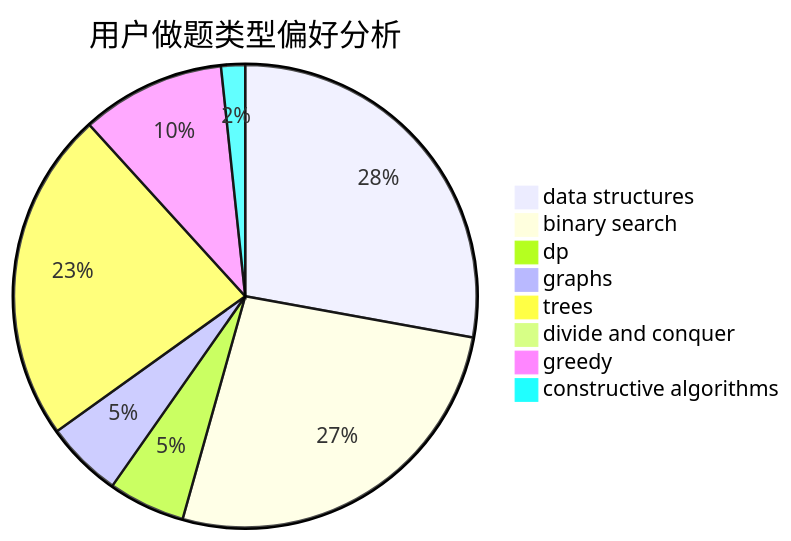
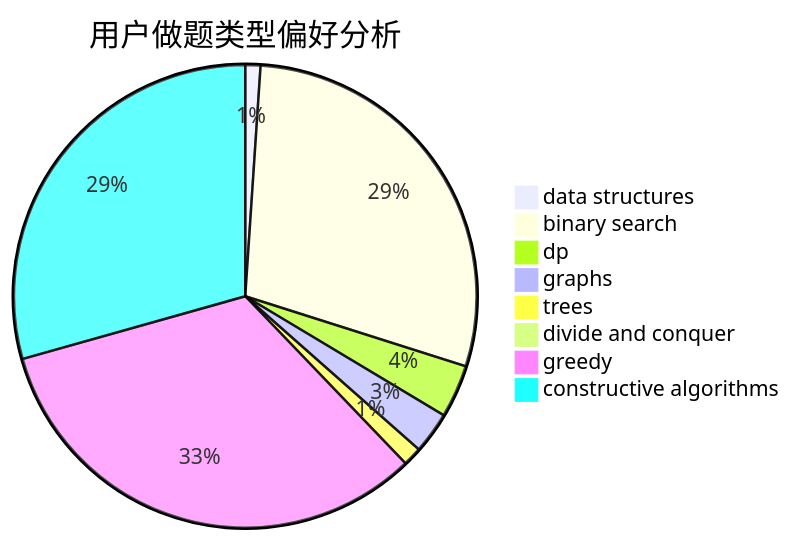
One commit to sherpahu/cfrs.github.io changed the second of 3 diagrams in docs/user/u250.md. Above: the diagram before and after it, drawn with Mermaid. The commit also changed other lines of this file and 2770 other files, not shown here.

````diff
--- a/docs/user/u250.md
+++ b/docs/user/u250.md
@@ -23,11 +23,11 @@
 ```mermaid
 pie title 用户做题类型偏好分析
-    "data structures" :  83
-    "binary search" :  79
-    "dp" :  16
-    "graphs" :  16
-    "trees" :  69
+    "data structures" :  4
+    "binary search" :  109
+    "dp" :  14
+    "graphs" :  11
+    "trees" :  5
     "divide and conquer" :  0
-    "greedy" :  30
-    "constructive algorithms" :  5
+    "greedy" :  124
+    "constructive algorithms" :  111
 ```
````
